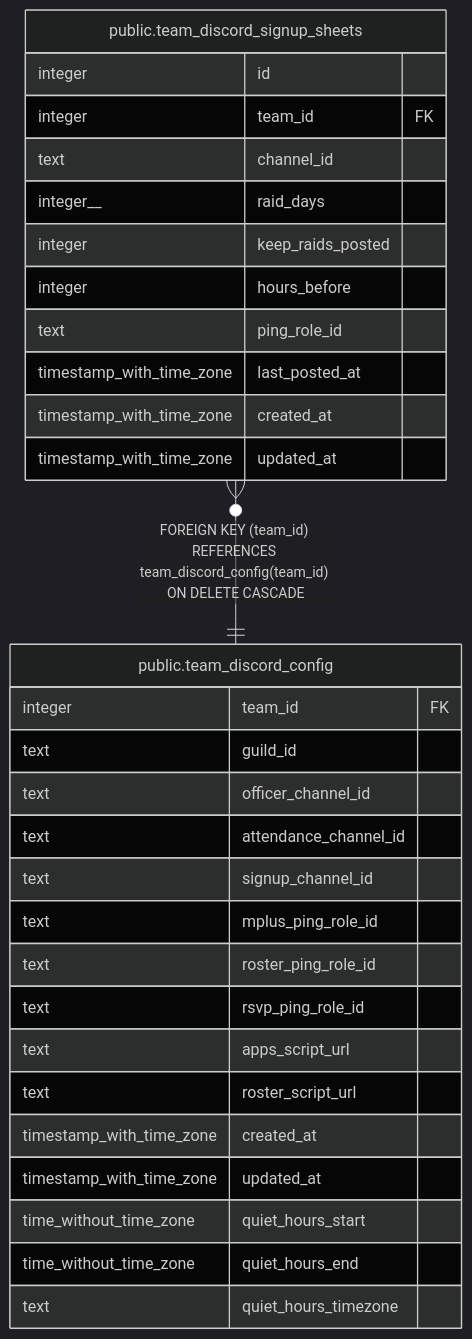
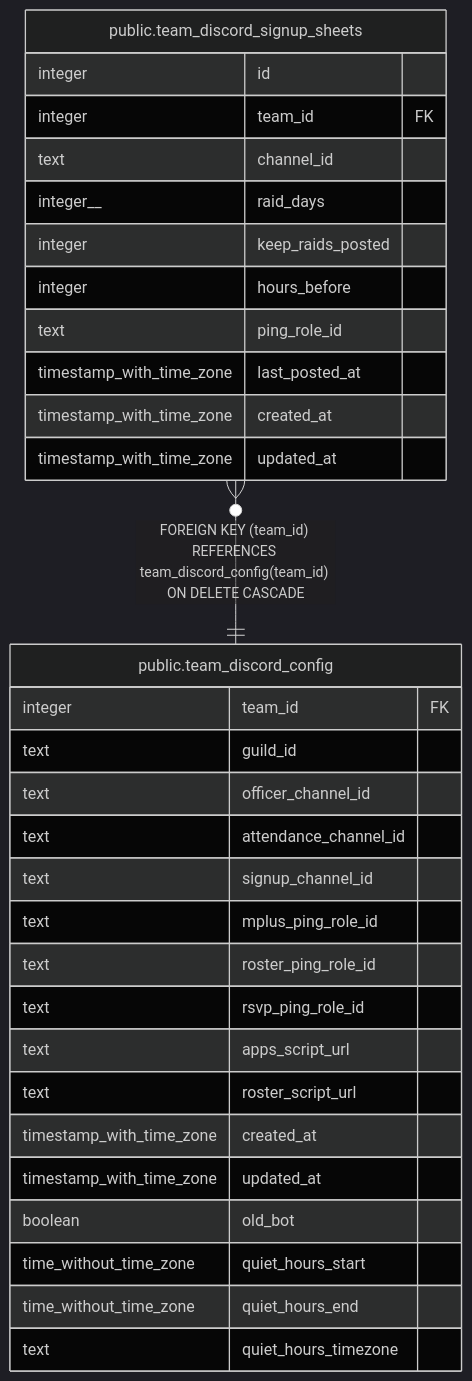
The diagram in dbdoc/public.team_discord_signup_sheets.md (katogaming88/WGA-Raid-Hub), drawn with Mermaid (dark theme) before and after one commit. The commit also changed 18 other files, not shown here.

First line of the commit message:
Fresh-agent review on #1712: old bot teams, the fallback channels, two races

````diff
--- a/dbdoc/public.team_discord_signup_sheets.md
+++ b/dbdoc/public.team_discord_signup_sheets.md
@@ -42,35 +42,36 @@
 ```mermaid
 erDiagram
 
 "public.team_discord_signup_sheets" }o--|| "public.team_discord_config" : "FOREIGN KEY (team_id) REFERENCES team_discord_config(team_id) ON DELETE CASCADE"
 
 "public.team_discord_signup_sheets" {
   integer id
   integer team_id FK
   text channel_id
   integer__ raid_days
   integer keep_raids_posted
   integer hours_before
   text ping_role_id
   timestamp_with_time_zone last_posted_at
   timestamp_with_time_zone created_at
   timestamp_with_time_zone updated_at
 }
 "public.team_discord_config" {
   integer team_id FK
   text guild_id
   text officer_channel_id
   text attendance_channel_id
   text signup_channel_id
   text mplus_ping_role_id
   text roster_ping_role_id
   text rsvp_ping_role_id
   text apps_script_url
   text roster_script_url
   timestamp_with_time_zone created_at
   timestamp_with_time_zone updated_at
+  boolean old_bot
   time_without_time_zone quiet_hours_start
   time_without_time_zone quiet_hours_end
   text quiet_hours_timezone
 }
 ```
````
